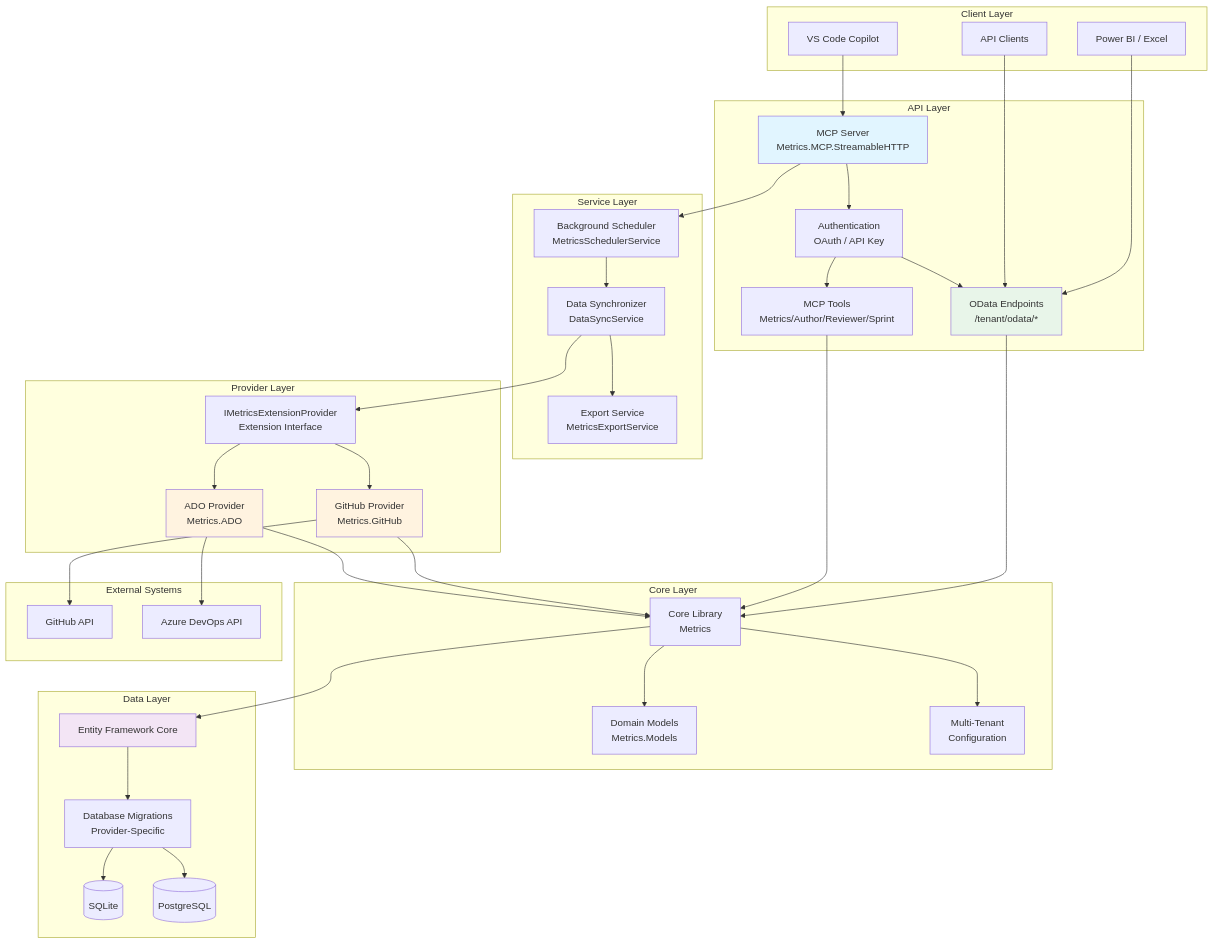
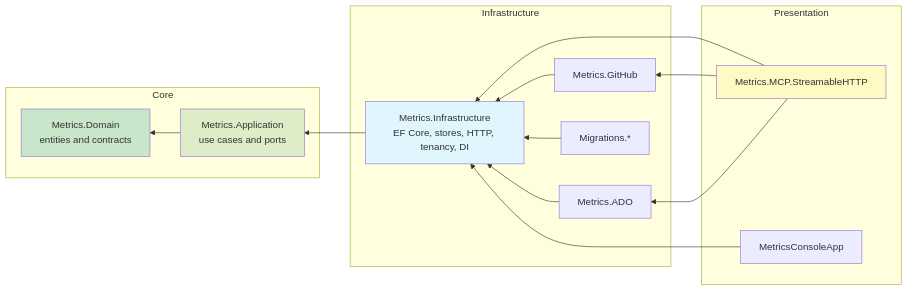
One commit to ksara-personal/devex-metrics changed the first of 9 diagrams in docs/ARCHITECTURE.md. Above: the diagram before and after it, drawn with Mermaid. The commit also changed other lines of this file and 470 other files, not shown here.

````diff
--- a/docs/ARCHITECTURE.md
+++ b/docs/ARCHITECTURE.md
@@ -18,83 +38,32 @@
 ```mermaid
-graph TB
-    subgraph "Client Layer"
-        VSCode[VS Code Copilot]
-        PowerBI[Power BI / Excel]
-        API_Client[API Clients]
+graph RL
+    subgraph Presentation
+        Host[Metrics.MCP.StreamableHTTP]
+        Cli[MetricsConsoleApp]
+    end
+    subgraph Infrastructure
+        Infra[Metrics.Infrastructure<br/>EF Core, stores, HTTP, tenancy, DI]
+        GitHub[Metrics.GitHub]
+        ADO[Metrics.ADO]
+        Migrations[Migrations.*]
+    end
+    subgraph Core
+        App[Metrics.Application<br/>use cases and ports]
+        Domain[Metrics.Domain<br/>entities and contracts]
     end
 
-    subgraph "API Layer"
-        MCP[MCP Server<br/>Metrics.MCP.StreamableHTTP]
-        Auth[Authentication<br/>OAuth / API Key]
-        OData[OData Endpoints<br/>/tenant/odata/*]
-        MCP_Tools[MCP Tools<br/>Metrics/Author/Reviewer/Sprint]
-    end
+    Host --> Infra
+    Host --> GitHub
+    Host --> ADO
+    Cli --> Infra
+    GitHub --> Infra
+    ADO --> Infra
+    Migrations --> Infra
+    Infra --> App
+    App --> Domain
 
-    subgraph "Service Layer"
-        Scheduler[Background Scheduler<br/>MetricsSchedulerService]
-        Sync[Data Synchronizer<br/>DataSyncService]
-        Export[Export Service<br/>MetricsExportService]
-    end
-
-    subgraph "Provider Layer"
-        GitHub[GitHub Provider<br/>Metrics.GitHub]
-        ADO[ADO Provider<br/>Metrics.ADO]
-        IProvider[IMetricsExtensionProvider<br/>Extension Interface]
-    end
-
-    subgraph "Core Layer"
-        Core[Core Library<br/>Metrics]
-        Models[Domain Models<br/>Metrics.Models]
-        MultiTenant[Multi-Tenant<br/>Configuration]
-    end
-
-    subgraph "Data Layer"
-        EF[Entity Framework Core]
-        SQLite[(SQLite)]
-        Postgres[(PostgreSQL)]
-        Migrations[Database Migrations<br/>Provider-Specific]
-    end
-
-    subgraph "External Systems"
-        GH_API[GitHub API]
-        ADO_API[Azure DevOps API]
-    end
-
-    VSCode --> MCP
-    PowerBI --> OData
-    API_Client --> OData
-    
-    MCP --> Auth
-    Auth --> OData
-    Auth --> MCP_Tools
-    
-    OData --> Core
-    MCP_Tools --> Core
-    
-    MCP --> Scheduler
-    Scheduler --> Sync
-    Sync --> Export
-    
-    Sync --> IProvider
-    IProvider --> GitHub
-    IProvider --> ADO
-    
-    GitHub --> GH_API
-    ADO --> ADO_API
-    
-    Core --> Models
-    Core --> MultiTenant
-    GitHub --> Core
-    ADO --> Core
-    
-    Core --> EF
-    EF --> Migrations
-    Migrations --> SQLite
-    Migrations --> Postgres
-    
-    style MCP fill:#e1f5ff
-    style GitHub fill:#fff3e0
-    style ADO fill:#fff3e0
-    style OData fill:#e8f5e9
-    style EF fill:#f3e5f5
+    style Domain fill:#c8e6c9
+    style App fill:#dcedc8
+    style Infra fill:#e1f5ff
+    style Host fill:#fff9c4
 ```
````
